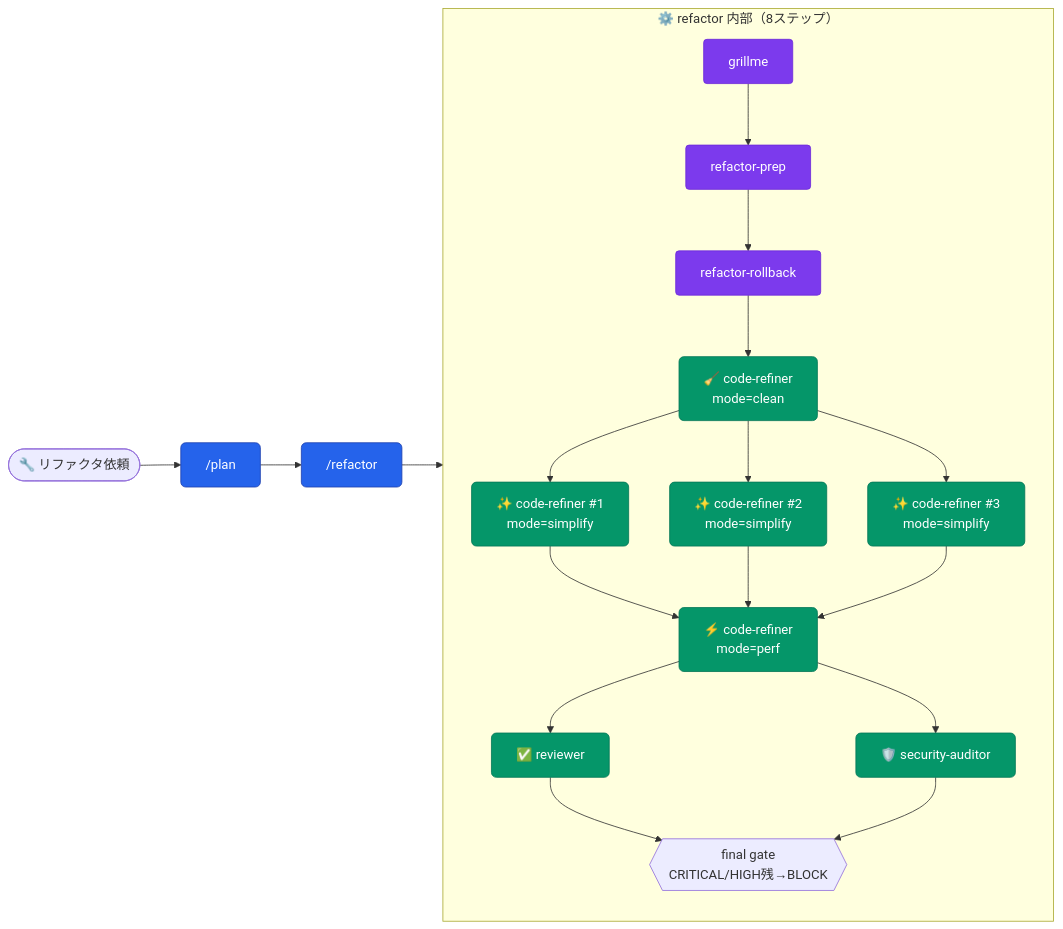
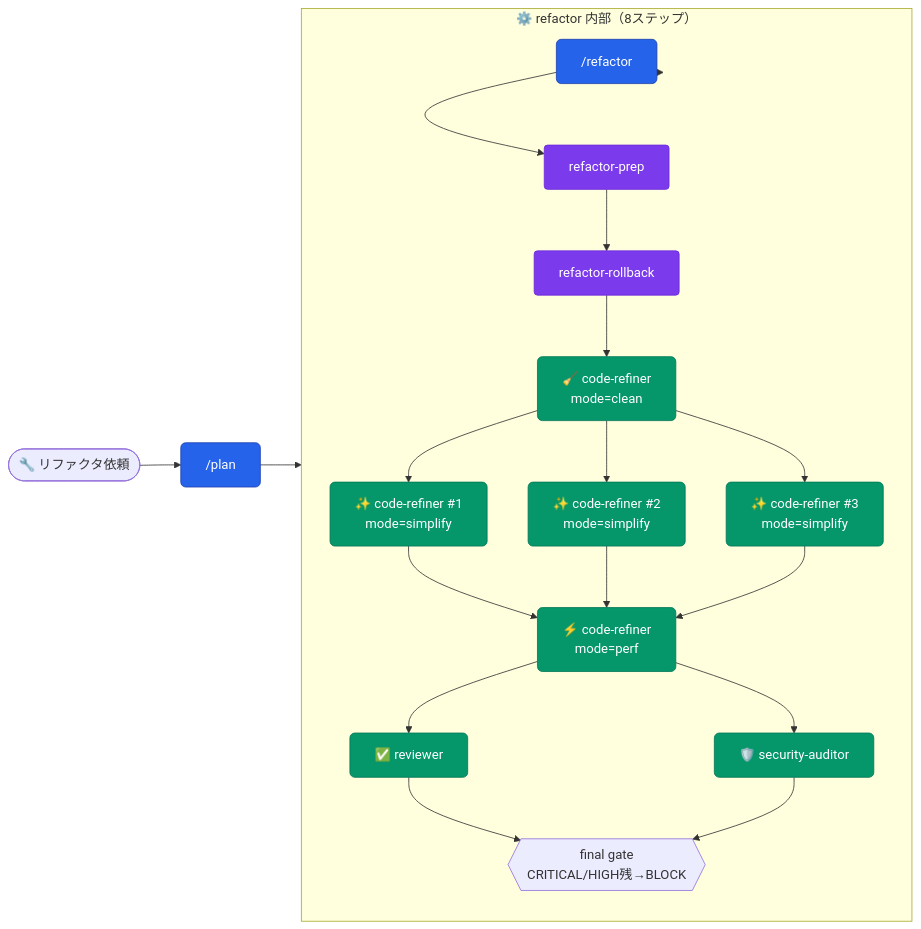
One commit to aokumablue/claq changed the third of 12 diagrams in README.md. Above: the diagram before and after it, drawn with Mermaid. The commit also changed other lines of this file and 10 other files, not shown here.

````diff
--- a/README.md
+++ b/README.md
@@ -211,25 +211,25 @@
 ```mermaid
 flowchart LR
   classDef cmd    fill:#2563eb,stroke:#1e40af,color:#fff,rx:6
   classDef agent  fill:#059669,stroke:#047857,color:#fff,rx:6
   classDef skill  fill:#7c3aed,stroke:#6d28d9,color:#fff,rx:4
 
   U(["🔧 リファクタ依頼"]) --> CP["/plan"]:::cmd
   CP --> CREF["/refactor"]:::cmd
 
   subgraph refactor["⚙️ refactor 内部（8ステップ）"]
     direction TB
-    SG["grillme"]:::skill --> SP["refactor-prep"]:::skill
+    CREF --> SP["refactor-prep"]:::skill
     SP --> RB["refactor-rollback"]:::skill
     RB --> AC["🧹 code-refiner<br/>mode=clean"]:::agent
     AC --> ASI1["✨ code-refiner #1<br/>mode=simplify"]:::agent
     AC --> ASI2["✨ code-refiner #2<br/>mode=simplify"]:::agent
     AC --> ASI3["✨ code-refiner #3<br/>mode=simplify"]:::agent
     ASI1 & ASI2 & ASI3 --> AP["⚡ code-refiner<br/>mode=perf"]:::agent
     AP --> AR["✅ reviewer"]:::agent
     AP --> AS["🛡️ security-auditor"]:::agent
     AR & AS --> GATE{{"final gate<br/>CRITICAL/HIGH残→BLOCK"}}
   end
 
   CREF --> refactor
 ```
````
